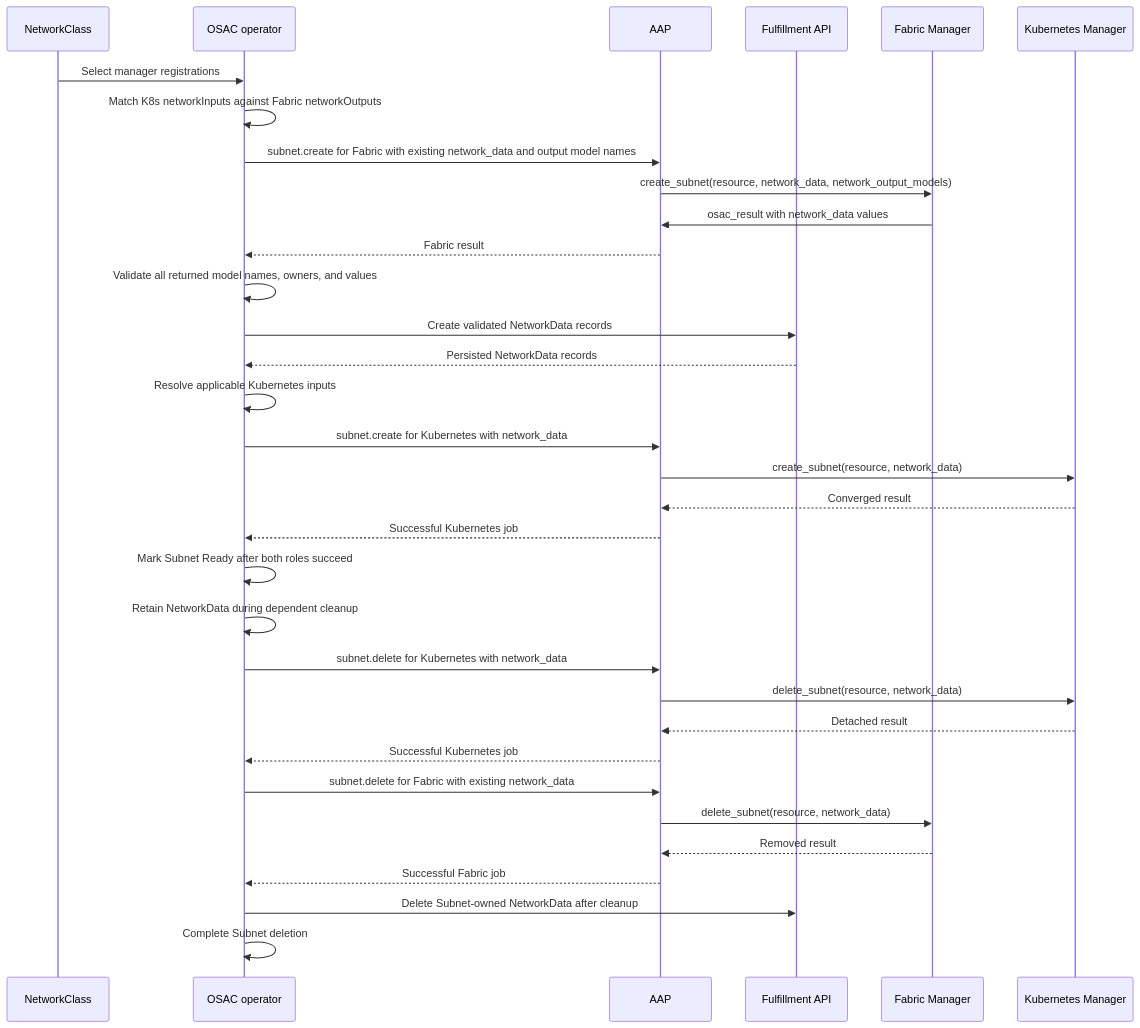
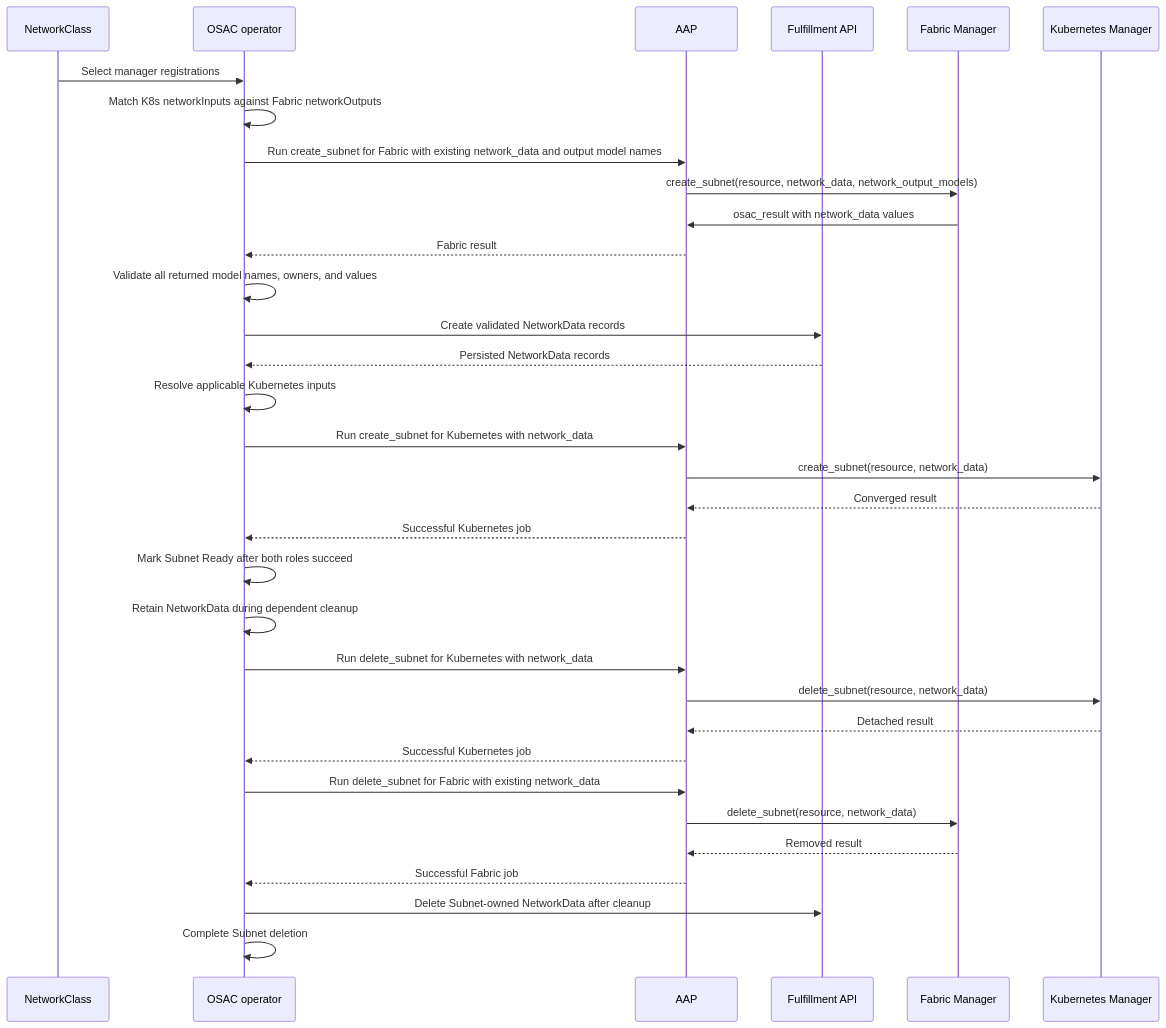
One commit to danmanor/enhancement-proposals changed the first of 2 diagrams in enhancements/OSAC-1433-network-manager-integration-contract-networking/design.md. Above: the diagram before and after it, drawn with Mermaid. The commit also changed other lines of this file and 2 other files, not shown here.

````diff
--- a/enhancements/OSAC-1433-network-manager-integration-contract-networking/design.md
+++ b/enhancements/OSAC-1433-network-manager-integration-contract-networking/design.md
@@ -785,37 +796,37 @@
 ```mermaid
 sequenceDiagram
     participant NC as NetworkClass
     participant Operator as OSAC operator
     participant AAP as AAP
     participant Fulfillment as Fulfillment API
     participant Fabric as Fabric Manager
     participant K8s as Kubernetes Manager
 
     NC->>Operator: Select manager registrations
     Operator->>Operator: Match K8s networkInputs against Fabric networkOutputs
-    Operator->>AAP: subnet.create for Fabric with existing network_data and output model names
+    Operator->>AAP: Run create_subnet for Fabric with existing network_data and output model names
     AAP->>Fabric: create_subnet(resource, network_data, network_output_models)
     Fabric->>AAP: osac_result with network_data values
     AAP-->>Operator: Fabric result
     Operator->>Operator: Validate all returned model names, owners, and values
     Operator->>Fulfillment: Create validated NetworkData records
     Fulfillment-->>Operator: Persisted NetworkData records
     Operator->>Operator: Resolve applicable Kubernetes inputs
-    Operator->>AAP: subnet.create for Kubernetes with network_data
+    Operator->>AAP: Run create_subnet for Kubernetes with network_data
     AAP->>K8s: create_subnet(resource, network_data)
     K8s-->>AAP: Converged result
     AAP-->>Operator: Successful Kubernetes job
     Operator->>Operator: Mark Subnet Ready after both roles succeed
 
     Operator->>Operator: Retain NetworkData during dependent cleanup
-    Operator->>AAP: subnet.delete for Kubernetes with network_data
+    Operator->>AAP: Run delete_subnet for Kubernetes with network_data
     AAP->>K8s: delete_subnet(resource, network_data)
     K8s-->>AAP: Detached result
     AAP-->>Operator: Successful Kubernetes job
-    Operator->>AAP: subnet.delete for Fabric with existing network_data
+    Operator->>AAP: Run delete_subnet for Fabric with existing network_data
     AAP->>Fabric: delete_subnet(resource, network_data)
     Fabric-->>AAP: Removed result
     AAP-->>Operator: Successful Fabric job
     Operator->>Fulfillment: Delete Subnet-owned NetworkData after cleanup
     Operator->>Operator: Complete Subnet deletion
 ```
````
